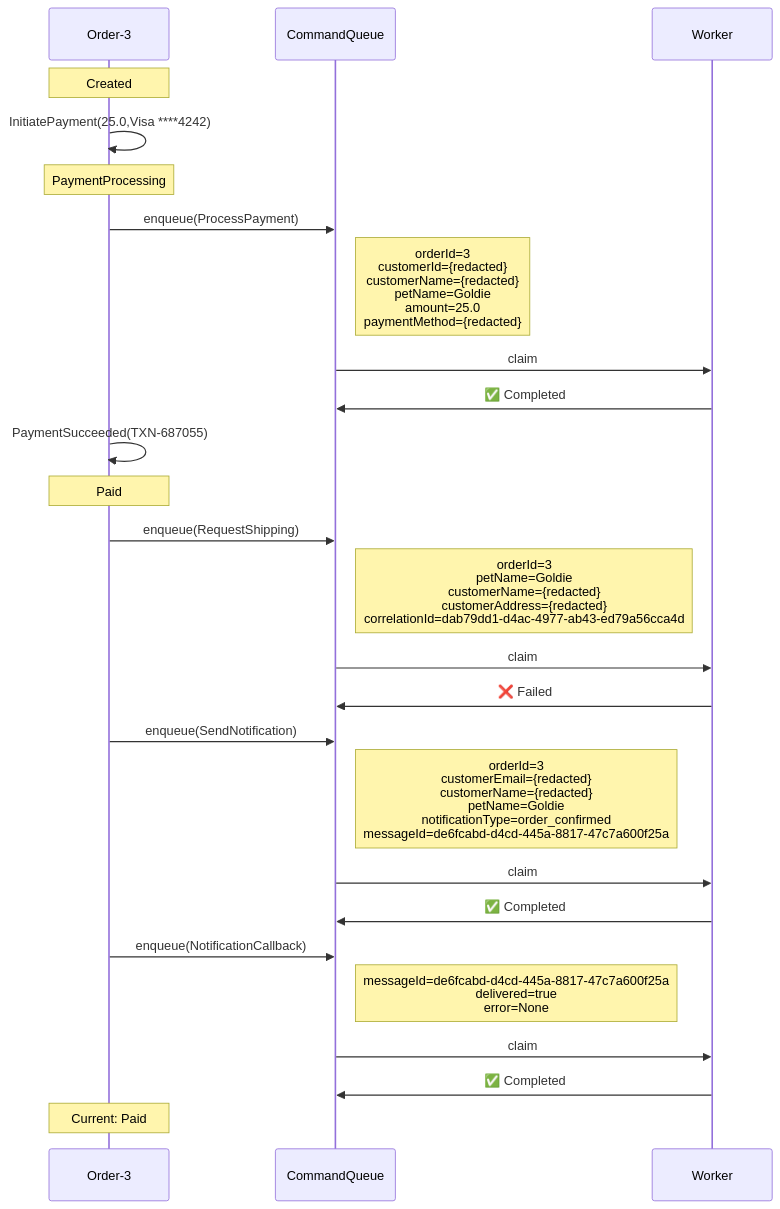
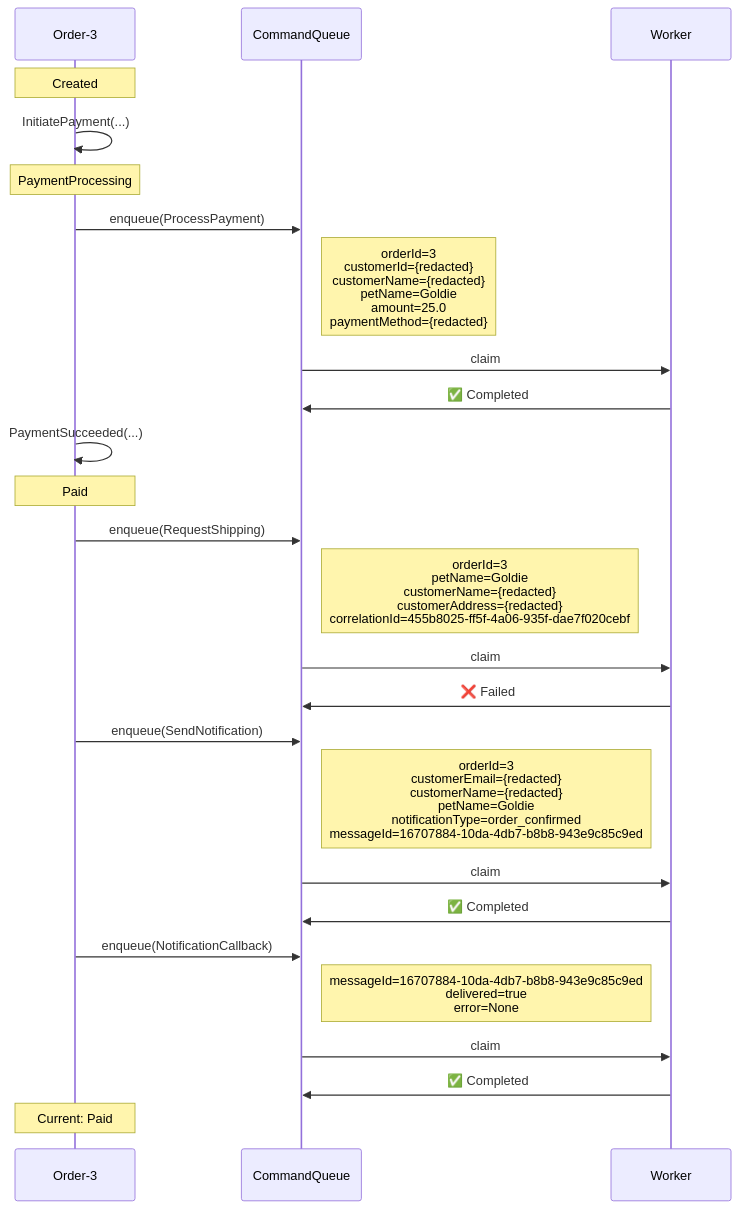
The first of 3 diagrams in docs/visualizations/order-3-trace.md (Iterable/mechanoid), drawn with Mermaid before and after one commit. The commit also changed other lines of this file and 52 other files, not shown here.

````diff
--- a/docs/visualizations/order-3-trace.md
+++ b/docs/visualizations/order-3-trace.md
@@ -12,30 +12,30 @@
 ```mermaid
 %%{init: {'themeCSS': '.noteText { text-align: left !important; }'}}%%
 sequenceDiagram
     participant FSM as Order-3
     participant CQ as CommandQueue
     participant W as Worker
 
     Note over FSM: Created
-    FSM->>FSM: InitiatePayment(25.0,Visa ****4242)
+    FSM->>FSM: InitiatePayment(...)
     Note over FSM: PaymentProcessing
     FSM->>CQ: enqueue(ProcessPayment)
     Note right of CQ: orderId=3<br/>customerId={redacted}<br/>customerName={redacted}<br/>petName=Goldie<br/>amount=25.0<br/>paymentMethod={redacted}
     CQ->>W: claim
     W->>CQ: ✅ Completed
-    FSM->>FSM: PaymentSucceeded(TXN-687055)
+    FSM->>FSM: PaymentSucceeded(...)
     Note over FSM: Paid
     FSM->>CQ: enqueue(RequestShipping)
-    Note right of CQ: orderId=3<br/>petName=Goldie<br/>customerName={redacted}<br/>customerAddress={redacted}<br/>correlationId=dab79dd1-d4ac-4977-ab43-ed79a56cca4d
+    Note right of CQ: orderId=3<br/>petName=Goldie<br/>customerName={redacted}<br/>customerAddress={redacted}<br/>correlationId=455b8025-ff5f-4a06-935f-dae7f020cebf
     CQ->>W: claim
     W->>CQ: ❌ Failed
     FSM->>CQ: enqueue(SendNotification)
-    Note right of CQ: orderId=3<br/>customerEmail={redacted}<br/>customerName={redacted}<br/>petName=Goldie<br/>notificationType=order_confirmed<br/>messageId=de6fcabd-d4cd-445a-8817-47c7a600f25a
+    Note right of CQ: orderId=3<br/>customerEmail={redacted}<br/>customerName={redacted}<br/>petName=Goldie<br/>notificationType=order_confirmed<br/>messageId=16707884-10da-4db7-b8b8-943e9c85c9ed
     CQ->>W: claim
     W->>CQ: ✅ Completed
     FSM->>CQ: enqueue(NotificationCallback)
-    Note right of CQ: messageId=de6fcabd-d4cd-445a-8817-47c7a600f25a<br/>delivered=true<br/>error=None
+    Note right of CQ: messageId=16707884-10da-4db7-b8b8-943e9c85c9ed<br/>delivered=true<br/>error=None
     CQ->>W: claim
     W->>CQ: ✅ Completed
     Note over FSM: Current: Paid
 ```
````
